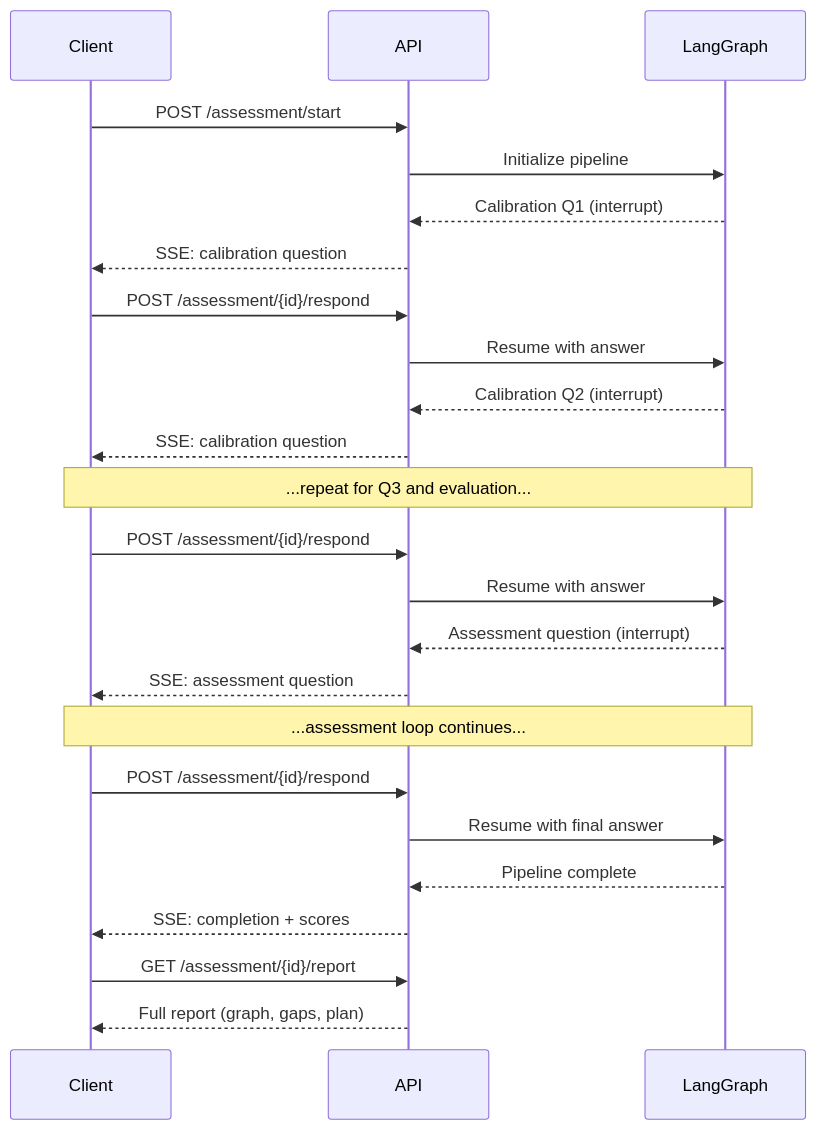
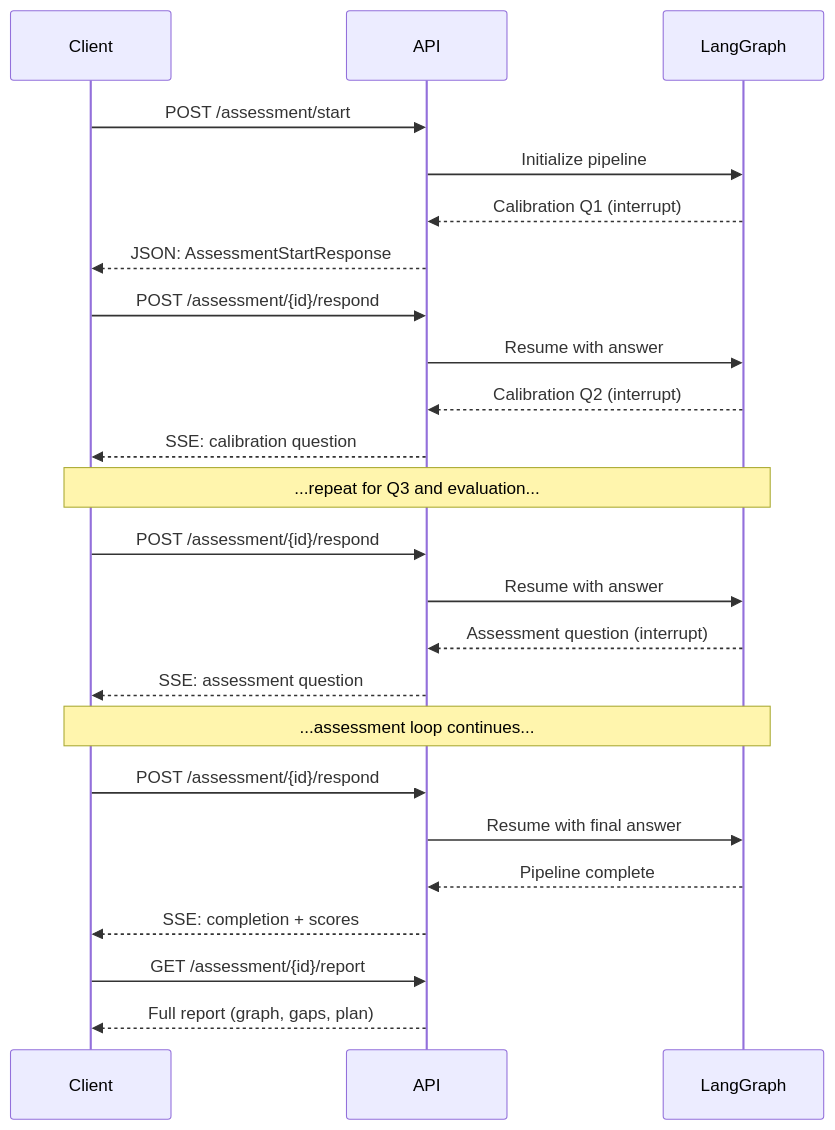
The diagram in docs/guides/api-reference.md (onegunsamurai/OpenLearning), drawn with Mermaid before and after one commit. The commit also changed other lines of this file and 18 other files, not shown here.

````diff
--- a/docs/guides/api-reference.md
+++ b/docs/guides/api-reference.md
@@ -237,33 +245,33 @@
 ```mermaid
 sequenceDiagram
     participant Client
     participant API
     participant LangGraph
 
     Client->>API: POST /assessment/start
     API->>LangGraph: Initialize pipeline
     LangGraph-->>API: Calibration Q1 (interrupt)
-    API-->>Client: SSE: calibration question
+    API-->>Client: JSON: AssessmentStartResponse
 
     Client->>API: POST /assessment/{id}/respond
     API->>LangGraph: Resume with answer
     LangGraph-->>API: Calibration Q2 (interrupt)
     API-->>Client: SSE: calibration question
 
     Note over Client,LangGraph: ...repeat for Q3 and evaluation...
 
     Client->>API: POST /assessment/{id}/respond
     API->>LangGraph: Resume with answer
     LangGraph-->>API: Assessment question (interrupt)
     API-->>Client: SSE: assessment question
 
     Note over Client,LangGraph: ...assessment loop continues...
 
     Client->>API: POST /assessment/{id}/respond
     API->>LangGraph: Resume with final answer
     LangGraph-->>API: Pipeline complete
     API-->>Client: SSE: completion + scores
 
     Client->>API: GET /assessment/{id}/report
     API-->>Client: Full report (graph, gaps, plan)
 ```
````
